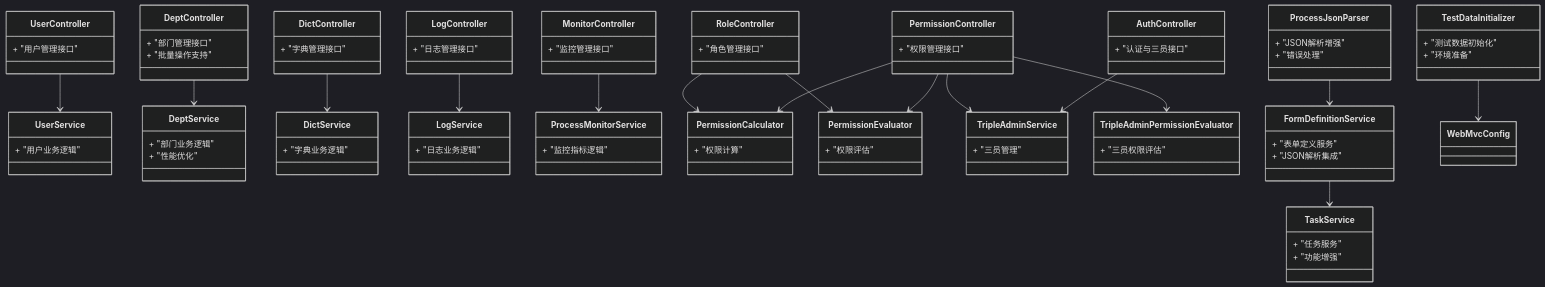
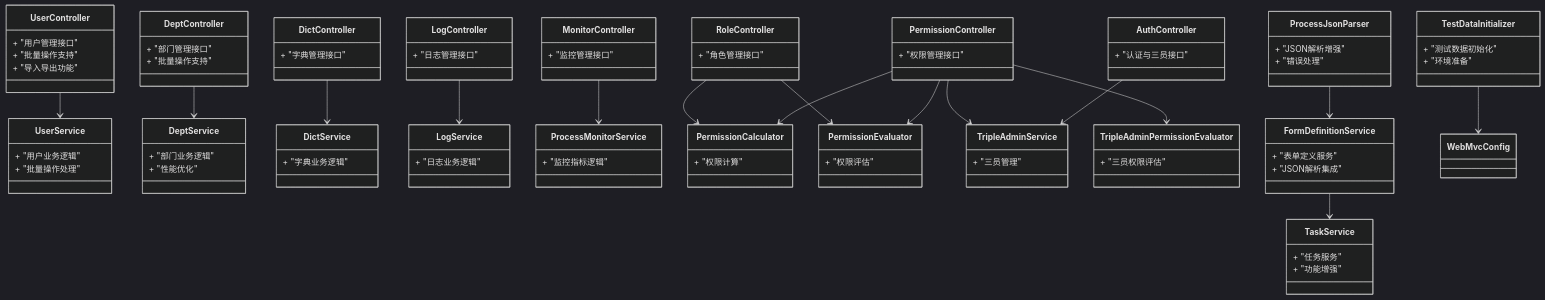
The third of 4 diagrams in .qoder/repowiki/zh/content/API接口文档/系统管理API.md (liming-lihaini/workflow), drawn with Mermaid (dark theme) before and after one commit. The commit also changed other lines of this file and 57 other files, not shown here.

```diff
--- a/.qoder/repowiki/zh/content/API接口文档/系统管理API.md
+++ b/.qoder/repowiki/zh/content/API接口文档/系统管理API.md
@@ -555,6 +566,8 @@
 classDiagram
 class UserController {
 + "用户管理接口"
++ "批量操作支持"
++ "导入导出功能"
 }
 class RoleController {
 + "角色管理接口"
@@ -588,6 +601,7 @@
 }
 class UserService {
 + "用户业务逻辑"
++ "批量操作处理"
 }
 class DeptService {
 + "部门业务逻辑"
```
